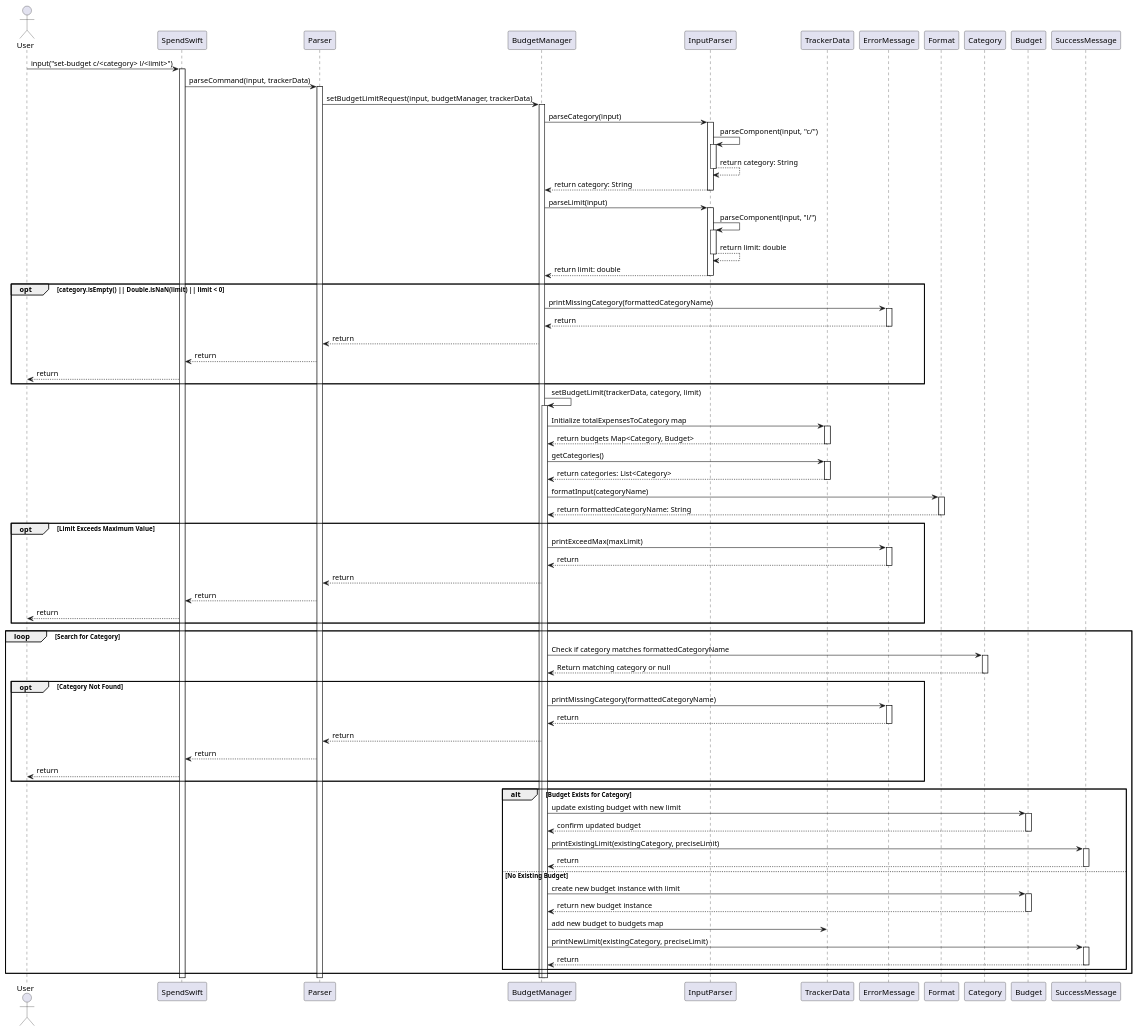
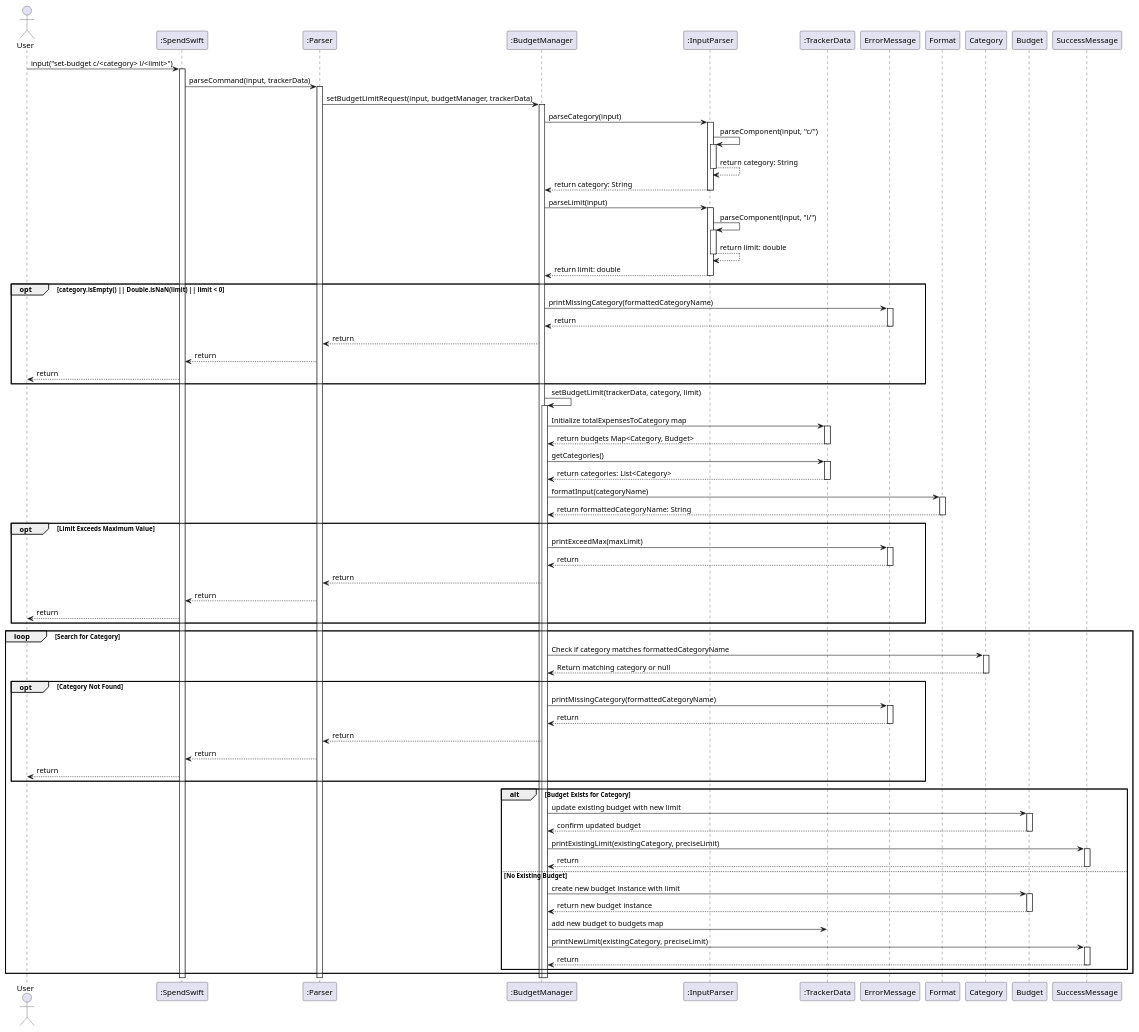
The diagram in docs/diagrams/SetBudget.puml (nus-cs2113-AY2425S1/tp), drawn with PlantUML before and after one commit. The commit also changed 19 other files, not shown here.

```diff
--- a/docs/diagrams/SetBudget.puml
+++ b/docs/diagrams/SetBudget.puml
@@ -1,113 +1,113 @@
 @startuml
 
 actor User
-participant SpendSwift
-participant Parser
-participant BudgetManager
-participant InputParser
-participant TrackerData
+participant ":SpendSwift" as SpendSwift
+participant ":Parser" as Parser
+participant ":BudgetManager" as BudgetManager
+participant ":InputParser" as InputParser
+participant ":TrackerData" as TrackerData
 
 User -> SpendSwift : input("set-budget c/<category> l/<limit>")
 activate SpendSwift
 SpendSwift -> Parser : parseCommand(input, trackerData)
 
 activate Parser
 Parser -> BudgetManager : setBudgetLimitRequest(input, budgetManager, trackerData)
 
 activate BudgetManager
 BudgetManager -> InputParser : parseCategory(input)
 activate InputParser
 InputParser -> InputParser : parseComponent(input, "c/")
     activate InputParser
     InputParser --> InputParser : return category: String
     deactivate InputParser
 InputParser --> BudgetManager : return category: String
 deactivate InputParser
 
 BudgetManager -> InputParser : parseLimit(input)
 activate InputParser
 InputParser -> InputParser : parseComponent(input, "l/")
     activate InputParser
     InputParser --> InputParser : return limit: double
     deactivate InputParser
 InputParser --> BudgetManager : return limit: double
 deactivate InputParser
 
 opt category.isEmpty() || Double.isNaN(limit) || limit < 0
     BudgetManager -> ErrorMessage : printMissingCategory(formattedCategoryName)
     activate ErrorMessage
     ErrorMessage --> BudgetManager : return
     deactivate ErrorMessage
     BudgetManager --> Parser : return
     Parser --> SpendSwift : return
     SpendSwift --> User : return
 end
 
 BudgetManager -> BudgetManager : setBudgetLimit(trackerData, category, limit)
 activate BudgetManager
 
 BudgetManager -> TrackerData : Initialize totalExpensesToCategory map
 activate TrackerData
 TrackerData --> BudgetManager : return budgets Map<Category, Budget>
 deactivate TrackerData
 
 BudgetManager -> TrackerData : getCategories()
 activate TrackerData
 TrackerData --> BudgetManager : return categories: List<Category>
 deactivate TrackerData
 
 BudgetManager -> Format : formatInput(categoryName)
 activate Format
 Format --> BudgetManager : return formattedCategoryName: String
 deactivate Format
 
 opt Limit Exceeds Maximum Value
     BudgetManager -> ErrorMessage : printExceedMax(maxLimit)
     activate ErrorMessage
     ErrorMessage --> BudgetManager : return
     deactivate ErrorMessage
     BudgetManager --> Parser : return
     Parser --> SpendSwift : return
     SpendSwift --> User : return
 end
 
     loop Search for Category
         BudgetManager -> Category : Check if category matches formattedCategoryName
         activate Category
         Category --> BudgetManager : Return matching category or null
         deactivate Category
 
     opt Category Not Found
         BudgetManager -> ErrorMessage : printMissingCategory(formattedCategoryName)
         activate ErrorMessage
         ErrorMessage --> BudgetManager : return
         deactivate ErrorMessage
         BudgetManager --> Parser : return
         Parser --> SpendSwift : return
         SpendSwift --> User : return
     end
 
     alt Budget Exists for Category
         BudgetManager -> Budget : update existing budget with new limit
         activate Budget
         Budget --> BudgetManager : confirm updated budget
         deactivate Budget
         BudgetManager -> SuccessMessage : printExistingLimit(existingCategory, preciseLimit)
         activate SuccessMessage
         SuccessMessage --> BudgetManager : return
         deactivate SuccessMessage
     else No Existing Budget
         BudgetManager -> Budget : create new budget instance with limit
         activate Budget
         Budget --> BudgetManager : return new budget instance
         deactivate Budget
         BudgetManager -> TrackerData : add new budget to budgets map
         BudgetManager -> SuccessMessage : printNewLimit(existingCategory, preciseLimit)
         activate SuccessMessage
         SuccessMessage --> BudgetManager : return
         deactivate SuccessMessage
     end
 
 end
 
 @enduml
```
